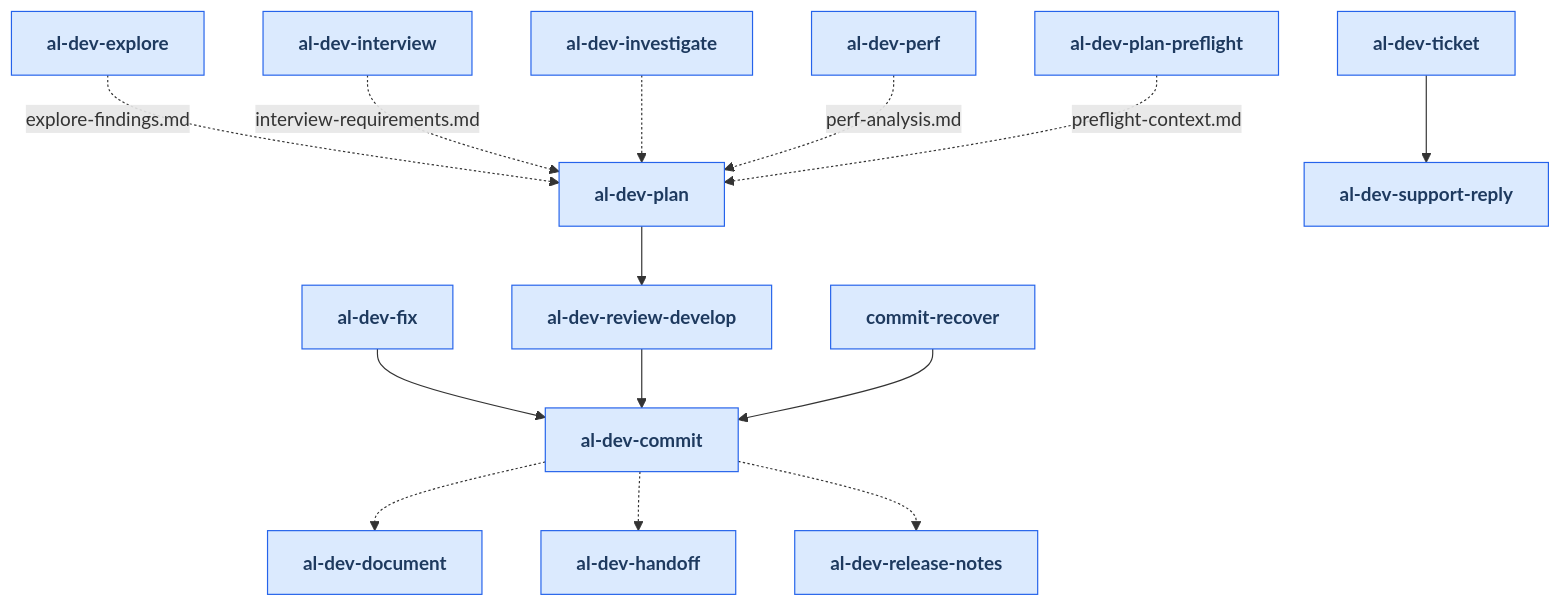
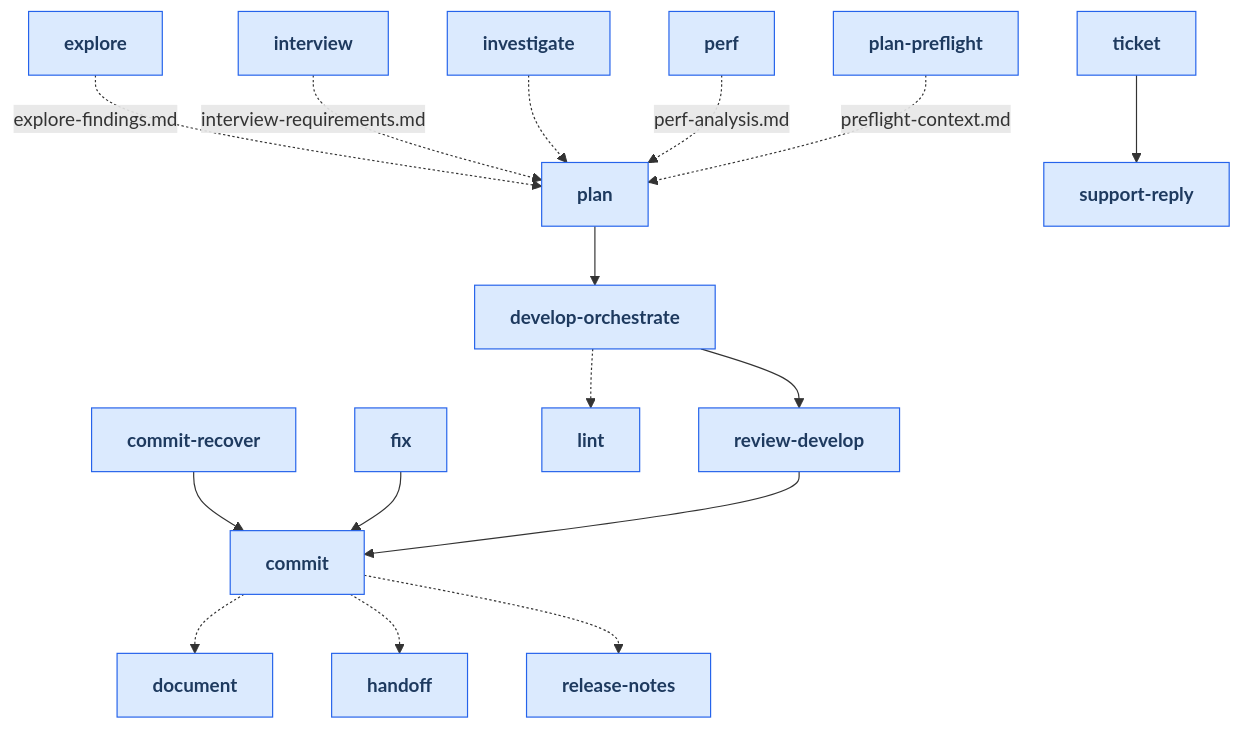
Before and after one commit to russell-laing/al-dev-shared: the first of 24 diagrams in docs/skills_map.md, drawn with Mermaid. The commit also changed other lines of this file and 8 other files, not shown here.

````diff
--- a/docs/skills_map.md
+++ b/docs/skills_map.md
@@ -22,49 +22,55 @@
 ```mermaid
 flowchart TD
     classDef skillNode fill:#dbeafe,stroke:#2563eb,color:#1e3a5f,font-weight:bold
-    skill_al_dev_commit[al-dev-commit]
-    skill_al_dev_document[al-dev-document]
-    skill_al_dev_explore[al-dev-explore]
-    skill_al_dev_fix[al-dev-fix]
-    skill_al_dev_handoff[al-dev-handoff]
-    skill_al_dev_interview[al-dev-interview]
-    skill_al_dev_investigate[al-dev-investigate]
-    skill_al_dev_perf[al-dev-perf]
-    skill_al_dev_plan[al-dev-plan]
-    skill_al_dev_plan_preflight[al-dev-plan-preflight]
-    skill_al_dev_release_notes[al-dev-release-notes]
-    skill_al_dev_review_develop[al-dev-review-develop]
-    skill_al_dev_support_reply[al-dev-support-reply]
-    skill_al_dev_ticket[al-dev-ticket]
+    skill_commit[commit]
     skill_commit_recover[commit-recover]
+    skill_develop_orchestrate[develop-orchestrate]
+    skill_document[document]
+    skill_explore[explore]
+    skill_fix[fix]
+    skill_handoff[handoff]
+    skill_interview[interview]
+    skill_investigate[investigate]
+    skill_lint[lint]
+    skill_perf[perf]
+    skill_plan[plan]
+    skill_plan_preflight[plan-preflight]
+    skill_release_notes[release-notes]
+    skill_review_develop[review-develop]
+    skill_support_reply[support-reply]
+    skill_ticket[ticket]
 
-    skill_al_dev_commit -.-> skill_al_dev_document
-    skill_al_dev_commit -.-> skill_al_dev_handoff
-    skill_al_dev_commit -.-> skill_al_dev_release_notes
-    skill_al_dev_explore -.-> |explore-findings.md| skill_al_dev_plan
-    skill_al_dev_fix --> skill_al_dev_commit
-    skill_al_dev_interview -.-> |interview-requirements.md| skill_al_dev_plan
-    skill_al_dev_investigate -.-> skill_al_dev_plan
-    skill_al_dev_perf -.-> |perf-analysis.md| skill_al_dev_plan
-    skill_al_dev_plan --> skill_al_dev_review_develop
-    skill_al_dev_plan_preflight -.-> |preflight-context.md| skill_al_dev_plan
-    skill_al_dev_review_develop --> skill_al_dev_commit
-    skill_al_dev_ticket --> skill_al_dev_support_reply
-    skill_commit_recover --> skill_al_dev_commit
+    skill_commit -.-> skill_document
+    skill_commit -.-> skill_handoff
+    skill_commit -.-> skill_release_notes
+    skill_commit_recover --> skill_commit
+    skill_develop_orchestrate --> skill_review_develop
+    skill_develop_orchestrate -.-> skill_lint
+    skill_explore -.-> |explore-findings.md| skill_plan
+    skill_fix --> skill_commit
+    skill_interview -.-> |interview-requirements.md| skill_plan
+    skill_investigate -.-> skill_plan
+    skill_perf -.-> |perf-analysis.md| skill_plan
+    skill_plan --> skill_develop_orchestrate
+    skill_plan_preflight -.-> |preflight-context.md| skill_plan
+    skill_review_develop --> skill_commit
+    skill_ticket --> skill_support_reply
 
-    class skill_al_dev_commit skillNode
-    class skill_al_dev_document skillNode
-    class skill_al_dev_explore skillNode
-    class skill_al_dev_fix skillNode
-    class skill_al_dev_handoff skillNode
-    class skill_al_dev_interview skillNode
-    class skill_al_dev_investigate skillNode
-    class skill_al_dev_perf skillNode
-    class skill_al_dev_plan skillNode
-    class skill_al_dev_plan_preflight skillNode
-    class skill_al_dev_release_notes skillNode
-    class skill_al_dev_review_develop skillNode
-    class skill_al_dev_support_reply skillNode
-    class skill_al_dev_ticket skillNode
+    class skill_commit skillNode
     class skill_commit_recover skillNode
+    class skill_develop_orchestrate skillNode
+    class skill_document skillNode
+    class skill_explore skillNode
+    class skill_fix skillNode
+    class skill_handoff skillNode
+    class skill_interview skillNode
+    class skill_investigate skillNode
+    class skill_lint skillNode
+    class skill_perf skillNode
+    class skill_plan skillNode
+    class skill_plan_preflight skillNode
+    class skill_release_notes skillNode
+    class skill_review_develop skillNode
+    class skill_support_reply skillNode
+    class skill_ticket skillNode
 ```
````
